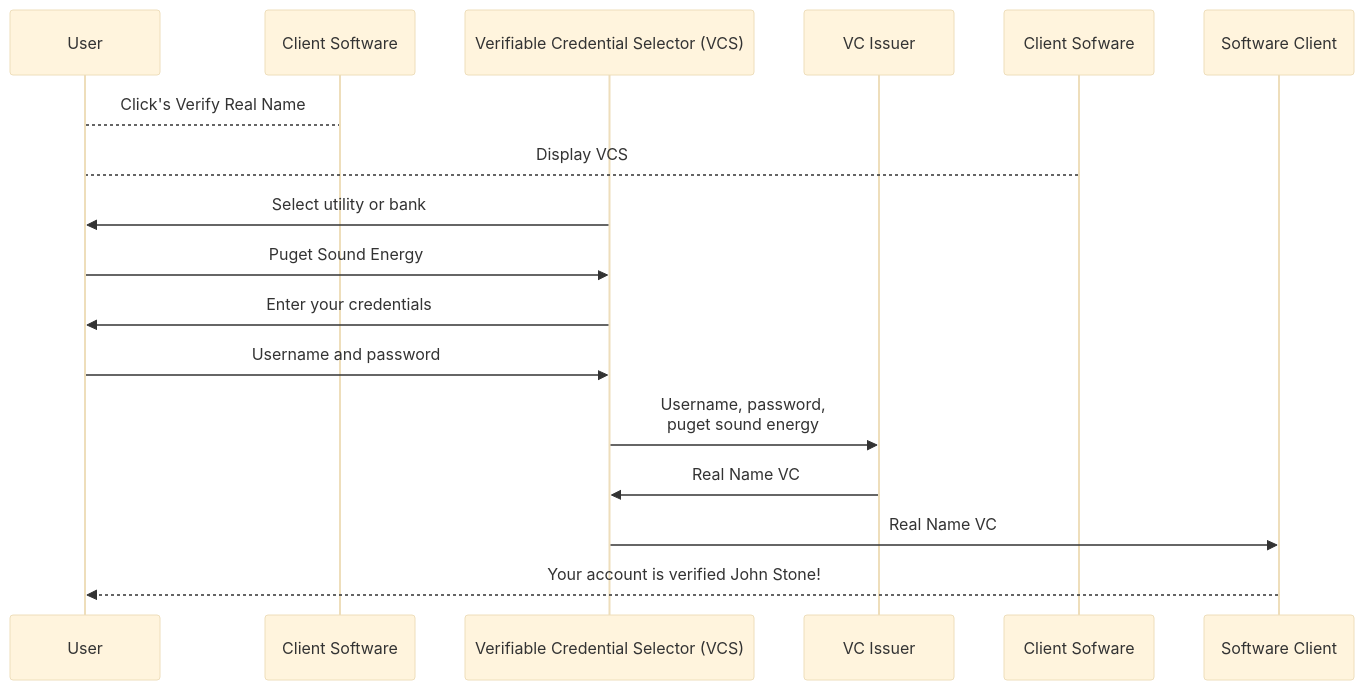
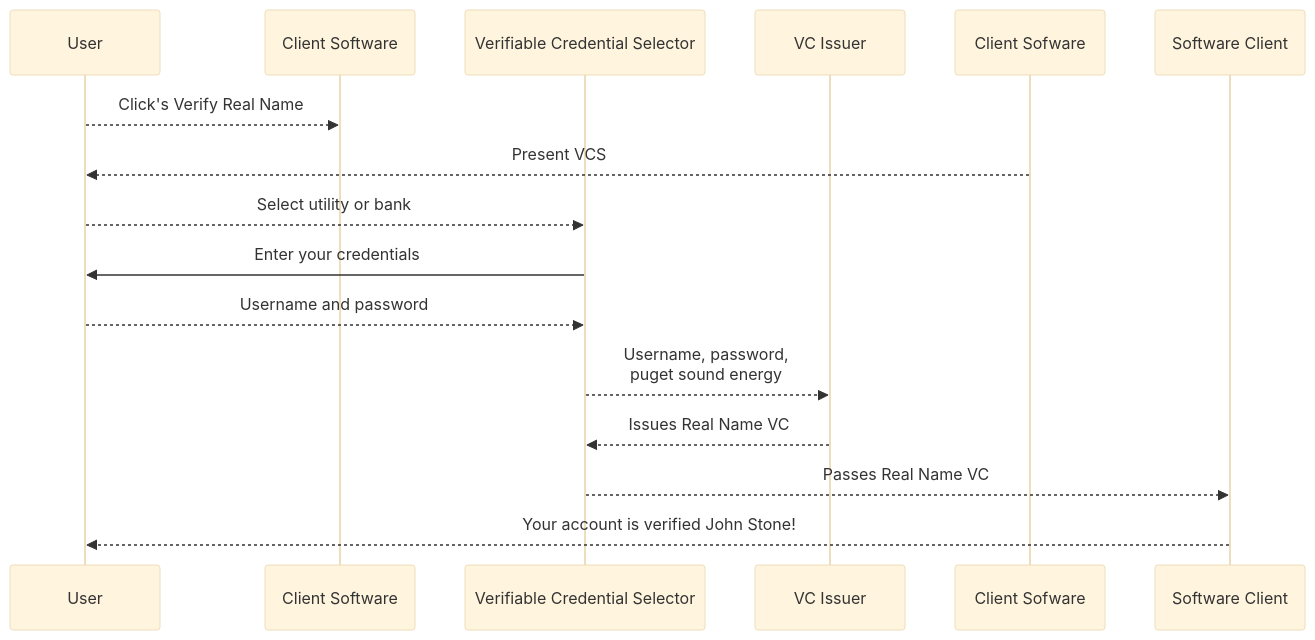
One commit to jacksophtron/open changed the first of 2 diagrams in real-name-decentralized.md. Above: the diagram before and after it, drawn with Mermaid (base theme). The commit also changed other lines of this file, not shown here.

````diff
--- a/real-name-decentralized.md
+++ b/real-name-decentralized.md
@@ -15,20 +15,19 @@
 ```mermaid
 sequenceDiagram
 
 	participant User
         participant Client Software
-        participant Verifiable Credential Selector (VCS)
+        participant Verifiable Credential Selector 
         participant VC Issuer
 
-	User-->Client Software: Click's Verify Real Name
-	Client Sofware-->User: Display VCS
-        Verifiable Credential Selector (VCS)->>User: Select utility or bank
-        User->>Verifiable Credential Selector (VCS): Puget Sound Energy
-        Verifiable Credential Selector (VCS)->>User: Enter your credentials
-        User->>Verifiable Credential Selector (VCS): Username and password
-        Verifiable Credential Selector (VCS)->>VC Issuer: Username, password, <br/>puget sound energy
-        VC Issuer->>Verifiable Credential Selector (VCS): Real Name VC
-        Verifiable Credential Selector (VCS)->>Software Client: Real Name VC
+	User-->>Client Software: Click's Verify Real Name
+	Client Sofware-->>User: Present VCS
+	User-->>Verifiable Credential Selector: Select utility or bank 
+        Verifiable Credential Selector->>User: Enter your credentials
+        User-->>Verifiable Credential Selector: Username and password
+        Verifiable Credential Selector-->>VC Issuer: Username, password, <br/>puget sound energy
+        VC Issuer-->>Verifiable Credential Selector: Issues Real Name VC
+        Verifiable Credential Selector-->>Software Client: Passes Real Name VC
         Software Client-->>User: Your account is verified John Stone! 
 
 ```
````
